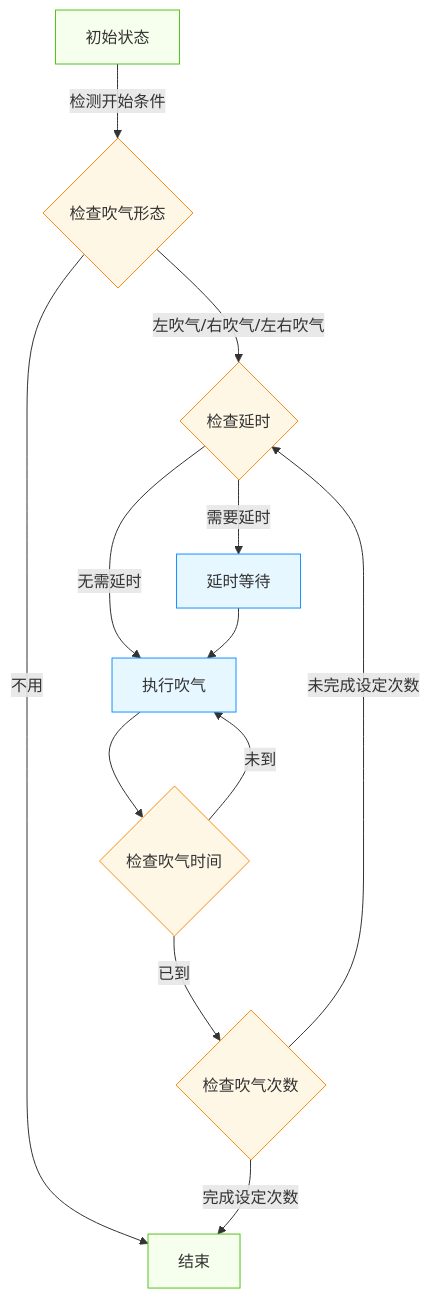
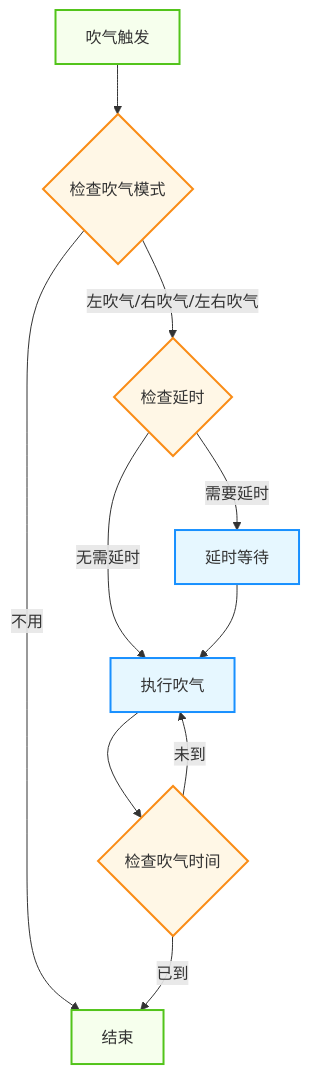
The third of 8 diagrams in docs/04_吹气功能整理文档.md (wuhanheibao01/vertical-injection-machine-docs), drawn with Mermaid before and after one commit. The commit also changed other lines of this file and 5 other files, not shown here.

````diff
--- a/docs/04_吹气功能整理文档.md
+++ b/docs/04_吹气功能整理文档.md
@@ -103,22 +104,20 @@
 ```mermaid
 flowchart TD
-    Start[初始状态] -->|检测开始条件| CheckMode{检查吹气形态}
+    Start[吹气触发] --> CheckMode{检查吹气模式}
     CheckMode -->|不用| EndNode[结束]
     CheckMode -->|左吹气/右吹气/左右吹气| CheckDelay{检查延时}
     CheckDelay -->|需要延时| Delay[延时等待]
     CheckDelay -->|无需延时| Blow[执行吹气]
     Delay --> Blow
     Blow --> CheckTime{检查吹气时间}
     CheckTime -->|未到| Blow
-    CheckTime -->|已到| CheckCount{检查吹气次数}
-    CheckCount -->|未完成设定次数| CheckDelay
-    CheckCount -->|完成设定次数| EndNode
-    
-    classDef action fill:#e6f7ff,stroke:#1890ff,stroke-width:1px,rounded;
-    classDef decision fill:#fff7e6,stroke:#fa8c16,stroke-width:1px,rounded;
-    classDef default fill:#f6ffed,stroke:#52c41a,stroke-width:1px,rounded;
-    
-    class Delay,Blow action;
-    class CheckMode,CheckDelay,CheckTime,CheckCount decision;
-    class Start,EndNode default;
+    CheckTime -->|已到| EndNode
+  
+    classDef action fill:#e6f7ff,stroke:#1890ff,stroke-width:2px,rounded
+    classDef decision fill:#fff7e6,stroke:#fa8c16,stroke-width:2px,rounded
+    classDef default fill:#f6ffed,stroke:#52c41a,stroke-width:2px,rounded
+  
+    class Delay,Blow action
+    class CheckMode,CheckDelay,CheckTime decision
+    class Start,EndNode default
 ```
````
